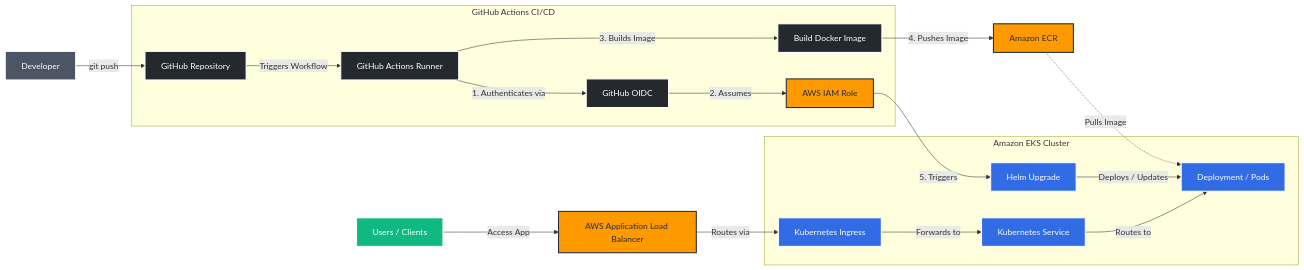
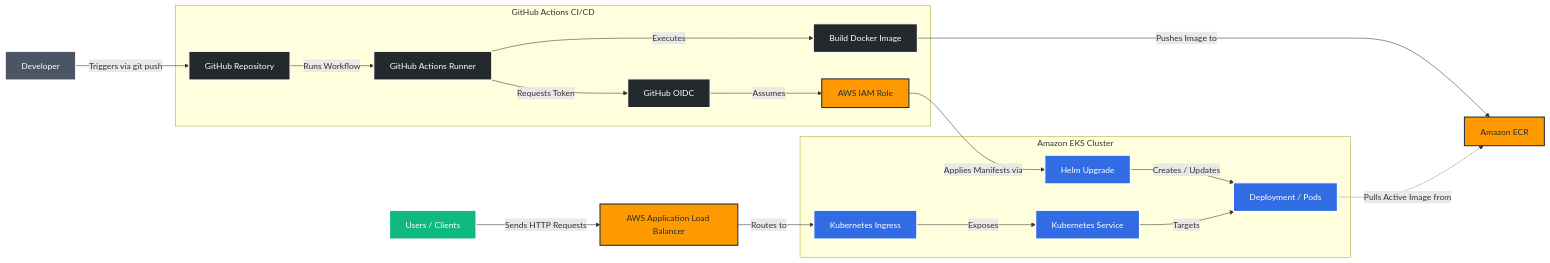
One commit to whosthefunkyy/push-to-eks changed the diagram in README.md. Above: the diagram before and after it, drawn with Mermaid. The commit also changed other lines of this file, not shown here.

````diff
--- a/README.md
+++ b/README.md
@@ -1,38 +1,38 @@
 ```mermaid
 graph LR
     %% Стилизация блоков
     classDef dev fill:#4B5563,stroke:#fff,stroke-width:2px,color:#fff;
     classDef github fill:#24292e,stroke:#fff,stroke-width:2px,color:#fff;
     classDef aws fill:#FF9900,stroke:#232F3E,stroke-width:2px,color:#232F3E;
     classDef k8s fill:#326CE5,stroke:#fff,stroke-width:2px,color:#fff;
     classDef users fill:#10B981,stroke:#fff,stroke-width:2px,color:#fff;
 
     %% Разработчик и Git
-    Dev[Developer]:::dev -->|git push| GH[GitHub Repository]:::github
+    Dev[Developer]:::dev -->|Triggers via git push| GH[GitHub Repository]:::github
 
     %% Секция CI/CD (GitHub Actions)
     subgraph CI_CD [GitHub Actions CI/CD]
-        GH -->|Triggers Workflow| GHA[GitHub Actions Runner]:::github
-        GHA -->|1. Authenticates via| OIDC[GitHub OIDC]:::github
-        OIDC -->|2. Assumes| Role[AWS IAM Role]:::aws
-        GHA -->|3. Builds Image| Docker[Build Docker Image]:::github
+        GH -->|Runs Workflow| GHA[GitHub Actions Runner]:::github
+        GHA -->|Requests Token| OIDC[GitHub OIDC]:::github
+        OIDC -->|Assumes| Role[AWS IAM Role]:::aws
+        GHA -->|Executes| Docker[Build Docker Image]:::github
     end
 
     %% Секция AWS Registry & Deploy
-    Docker -->|4. Pushes Image| ECR[Amazon ECR]:::aws
-    Role -->|5. Triggers| Helm[Helm Upgrade]:::k8s
+    Docker -->|Pushes Image to| ECR[Amazon ECR]:::aws
+    Role -->|Applies Manifests via| Helm[Helm Upgrade]:::k8s
 
     %% Секция Kubernetes & Трафик
     subgraph EKS_Cluster [Amazon EKS Cluster]
-        Helm -->|Deploys / Updates| Deploy[Deployment / Pods]:::k8s
-        Service[Kubernetes Service]:::k8s -->|Routes to| Deploy
-        Ingress[Kubernetes Ingress]:::k8s -->|Forwards to| Service
+        Helm -->|Creates / Updates| Deploy[Deployment / Pods]:::k8s
+        Ingress[Kubernetes Ingress]:::k8s -->|Exposes| Service[Kubernetes Service]:::k8s
+        Service -->|Targets| Deploy
     end
 
     %% Внешний трафик (Вход в кластер)
-    ALB[AWS Application Load Balancer]:::aws -->|Routes via| Ingress
-    Users[Users / Clients]:::users -->|Access App| ALB
+    Users[Users / Clients]:::users -->|Sends HTTP Requests| ALB[AWS Application Load Balancer]:::aws
+    ALB -->|Routes to| Ingress
 
     %% Связь ECR и Deployment
-    ECR -.->|Pulls Image| Deploy
+    Deploy -.->|Pulls Active Image from| ECR
 ```
````
